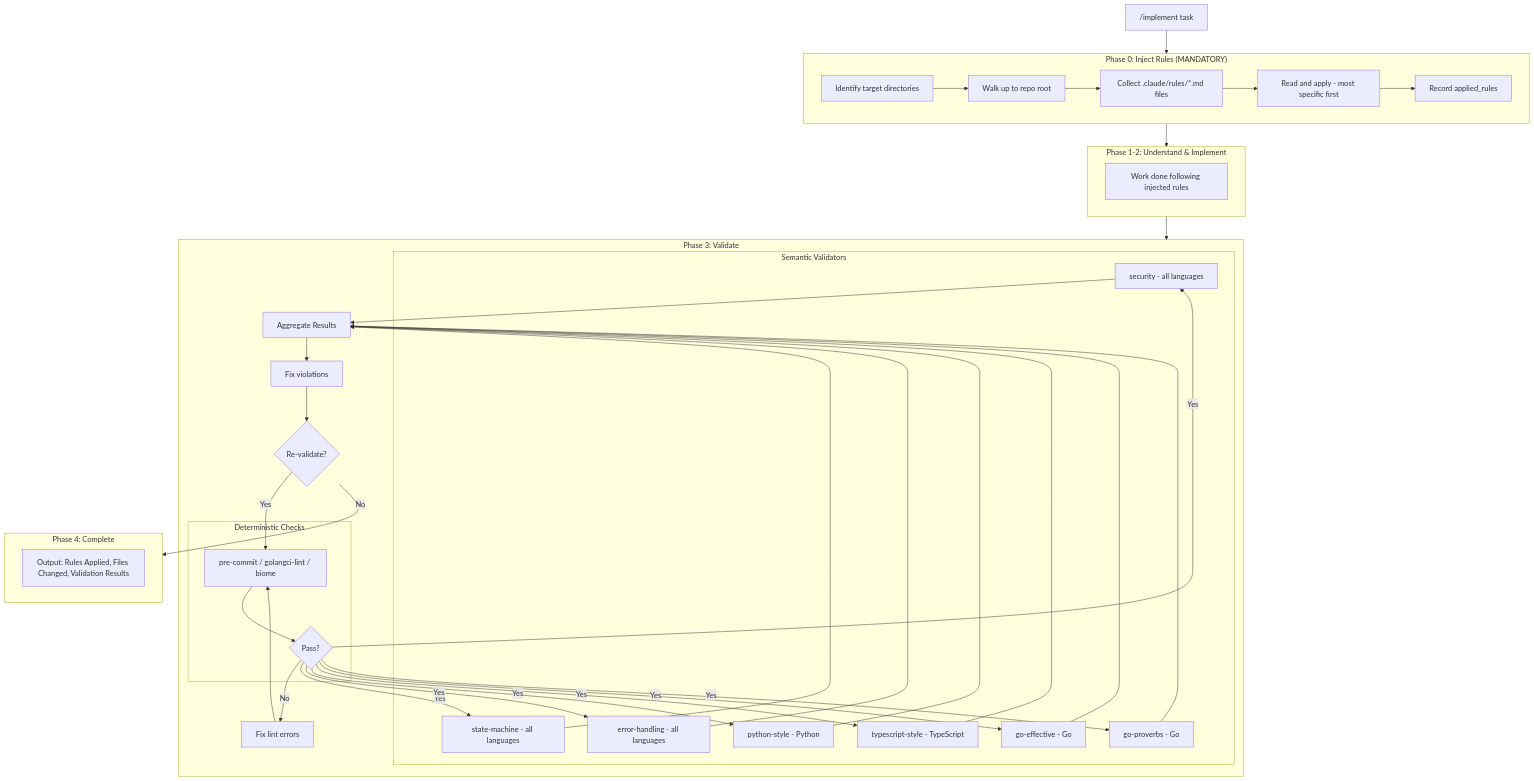
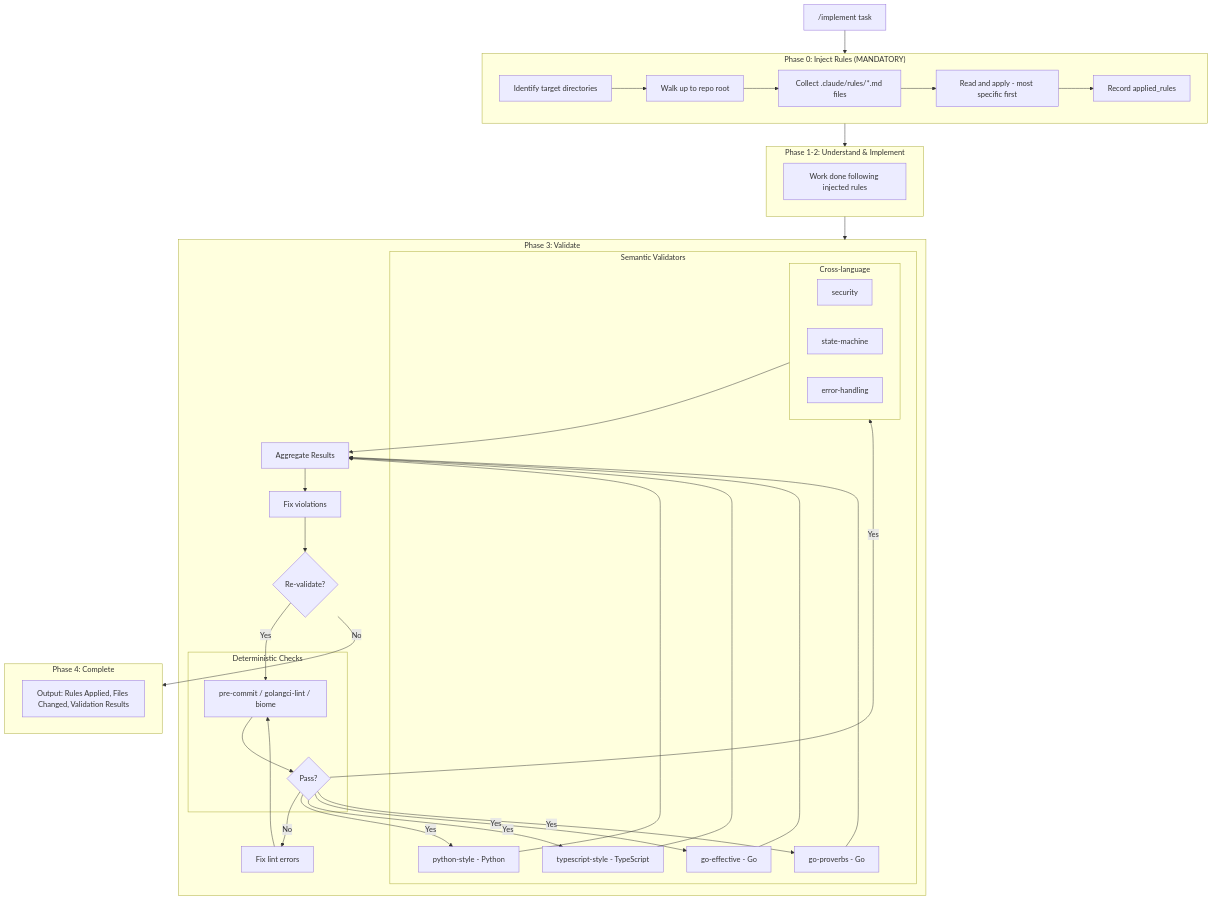
One commit to peteski22/agent-pragma changed the fourth of 7 diagrams in ARCHITECTURE.md. Above: the diagram before and after it, drawn with Mermaid. The commit also changed other lines of this file and 7 other files, not shown here.

````diff
--- a/ARCHITECTURE.md
+++ b/ARCHITECTURE.md
@@ -232,54 +234,56 @@
 ```mermaid
 flowchart TD
     subgraph Phase0["Phase 0: Inject Rules (MANDATORY)"]
         P0A[Identify target directories]
         P0B[Walk up to repo root]
         P0C[Collect .claude/rules/*.md files]
         P0D[Read and apply - most specific first]
         P0E[Record applied_rules]
         P0A --> P0B --> P0C --> P0D --> P0E
     end
 
     subgraph Phase12["Phase 1-2: Understand & Implement"]
         P12[Work done following injected rules]
     end
 
     subgraph Phase3["Phase 3: Validate"]
         subgraph Deterministic["Deterministic Checks"]
             Lint[pre-commit / golangci-lint / biome]
             LintFail{Pass?}
             Lint --> LintFail
         end
 
         subgraph Semantic["Semantic Validators"]
-            SecVal[security - all languages]
-            StmVal[state-machine - all languages]
-            ErrVal[error-handling - all languages]
+            subgraph CrossLang2["Cross-language"]
+                SecVal[security]
+                StmVal[state-machine]
+                ErrVal[error-handling]
+            end
             PyVal[python-style - Python]
             TSVal[typescript-style - TypeScript]
             GoEff[go-effective - Go]
             GoProv[go-proverbs - Go]
         end
 
         Agg[Aggregate Results]
         Fix[Fix violations]
         ReVal{Re-validate?}
 
         LintFail -->|No| FixLint[Fix lint errors]
         FixLint --> Lint
-        LintFail -->|Yes| SecVal & StmVal & ErrVal & PyVal & TSVal & GoEff & GoProv
-        SecVal & StmVal & ErrVal & PyVal & TSVal & GoEff & GoProv --> Agg
+        LintFail -->|Yes| CrossLang2 & PyVal & TSVal & GoEff & GoProv
+        CrossLang2 & PyVal & TSVal & GoEff & GoProv --> Agg
         Agg --> Fix
         Fix --> ReVal
         ReVal -->|Yes| Lint
     end
 
     subgraph Phase4["Phase 4: Complete"]
         Output[Output: Rules Applied, Files Changed, Validation Results]
     end
 
     Start["/implement task"] --> Phase0
     Phase0 --> Phase12
     Phase12 --> Phase3
     ReVal -->|No| Phase4
 ```
````
